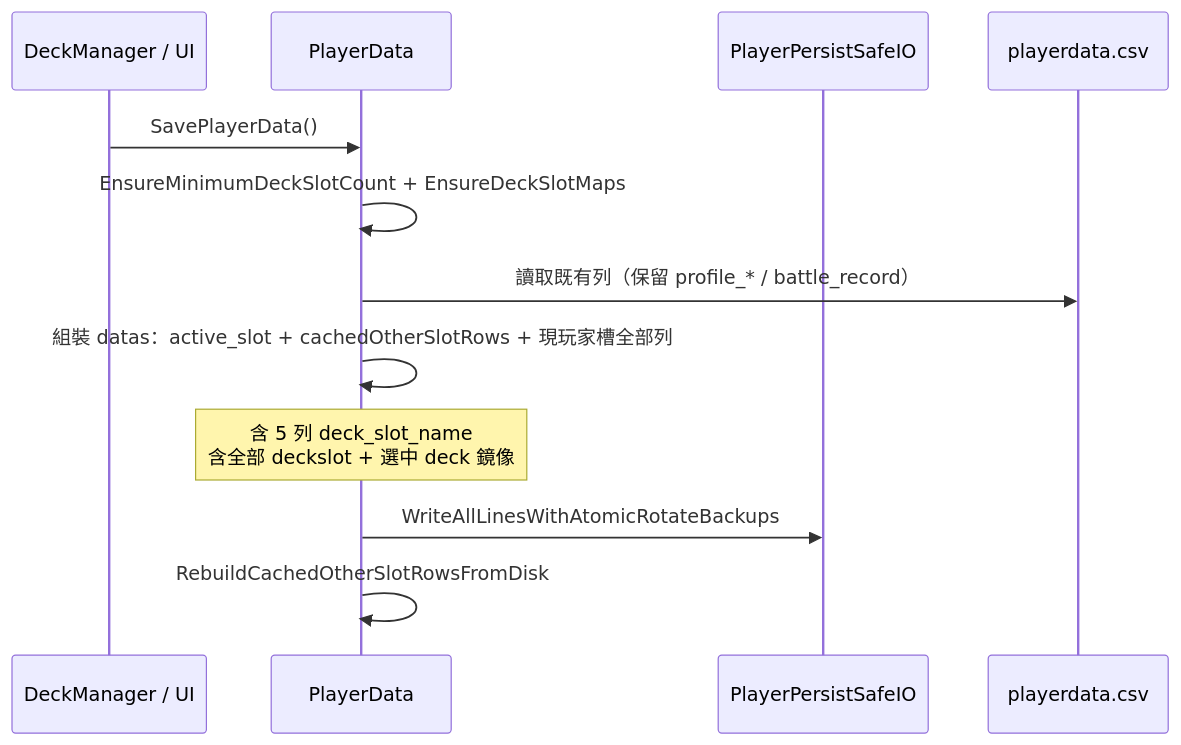
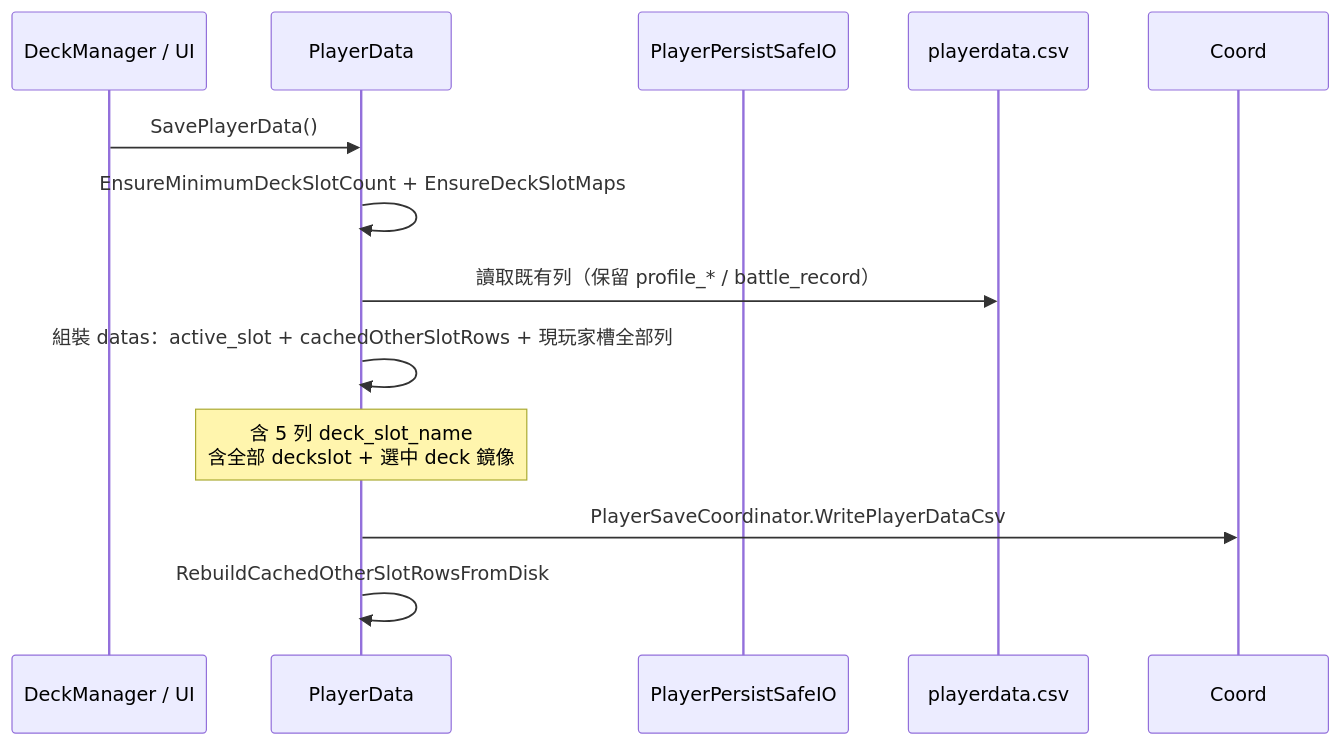
Before and after one commit to Minoru1017/card_game: the second of 3 diagrams in DECK_SAVE_IMPLEMENTATION.md, drawn with Mermaid. The commit also changed other lines of this file and 235 other files, not shown here.

````diff
--- a/DECK_SAVE_IMPLEMENTATION.md
+++ b/DECK_SAVE_IMPLEMENTATION.md
@@ -191,15 +194,15 @@
 ```mermaid
 sequenceDiagram
     participant DM as DeckManager / UI
     participant PD as PlayerData
     participant IO as PlayerPersistSafeIO
     participant CSV as playerdata.csv
 
     DM->>PD: SavePlayerData()
     PD->>PD: EnsureMinimumDeckSlotCount + EnsureDeckSlotMaps
     PD->>CSV: 讀取既有列（保留 profile_* / battle_record）
     PD->>PD: 組裝 datas：active_slot + cachedOtherSlotRows + 現玩家槽全部列
     Note over PD: 含 5 列 deck_slot_name<br/>含全部 deckslot + 選中 deck 鏡像
-    PD->>IO: WriteAllLinesWithAtomicRotateBackups
+    PD->>Coord: PlayerSaveCoordinator.WritePlayerDataCsv
     PD->>PD: RebuildCachedOtherSlotRowsFromDisk
 ```
````
